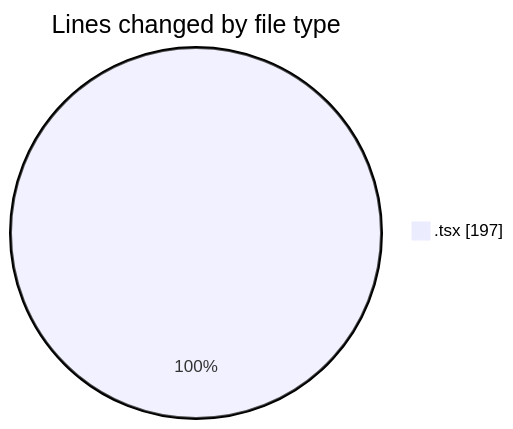
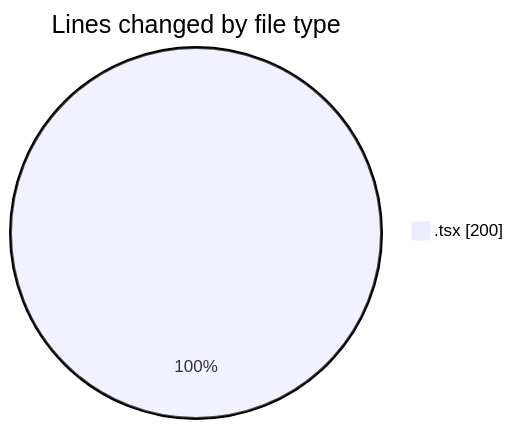
The first of 2 diagrams in 2025-02-04/mbc-web/README.md (robertbonfada/code-tracking), drawn with Mermaid before and after one commit. The commit also changed other lines of this file and 1 other file, not shown here.

````diff
--- a/2025-02-04/mbc-web/README.md
+++ b/2025-02-04/mbc-web/README.md
@@ -22,5 +22,5 @@
 ```mermaid
 pie showData
 title Lines changed by file type
-".tsx" : 197
+".tsx" : 200
 ```
````
